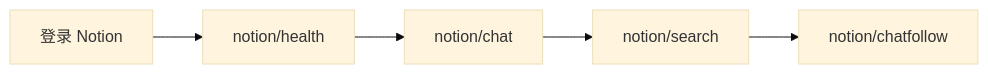
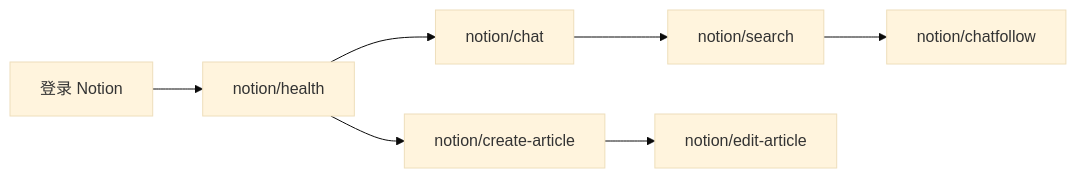
One commit to clawhubmx/claw-bun-mcp changed the diagram in notion/GUIDE.md. Above: the diagram before and after it, drawn with Mermaid (base theme). The commit also changed other lines of this file, not shown here.

````diff
--- a/notion/GUIDE.md
+++ b/notion/GUIDE.md
@@ -39,7 +42,9 @@
 ```mermaid
 flowchart LR
   login[登录 Notion] --> health[notion/health]
   health --> chat[notion/chat]
   chat --> search[notion/search]
   search --> follow[notion/chatfollow]
+  health --> create[notion/create-article]
+  create --> edit[notion/edit-article]
 ```
````
